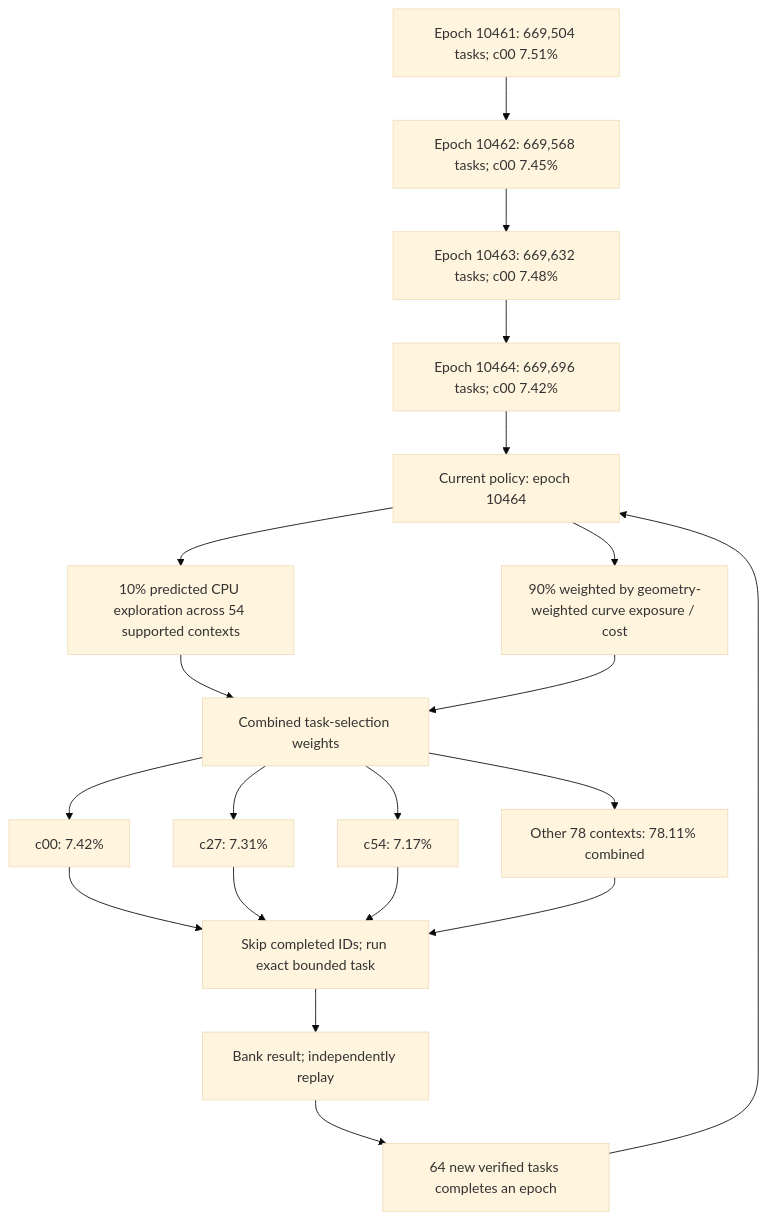
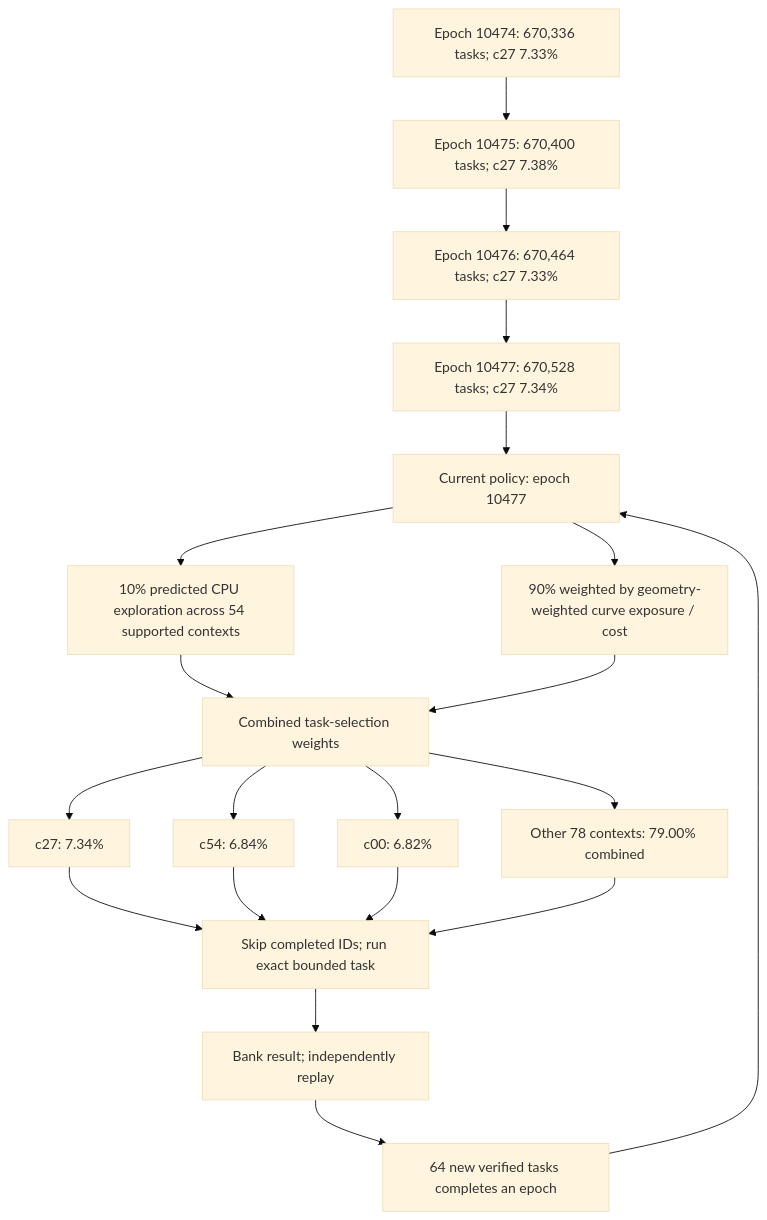
The first of 4 diagrams in README.md (Kuberwastaken/math-gambling), drawn with Mermaid (base theme) before and after one commit. The commit also changed other lines of this file and 2461 other files, not shown here.

````diff
--- a/README.md
+++ b/README.md
@@ -60,27 +60,27 @@
 ```mermaid
 flowchart TD
-    H0["Epoch 10461: 669,504 tasks; c00 7.51%"]
-    H1["Epoch 10462: 669,568 tasks; c00 7.45%"]
+    H0["Epoch 10474: 670,336 tasks; c27 7.33%"]
+    H1["Epoch 10475: 670,400 tasks; c27 7.38%"]
     H0 --> H1
-    H2["Epoch 10463: 669,632 tasks; c00 7.48%"]
+    H2["Epoch 10476: 670,464 tasks; c27 7.33%"]
     H1 --> H2
-    H3["Epoch 10464: 669,696 tasks; c00 7.42%"]
+    H3["Epoch 10477: 670,528 tasks; c27 7.34%"]
     H2 --> H3
-    Policy["Current policy: epoch 10464"]
+    Policy["Current policy: epoch 10477"]
     H3 --> Policy
     Policy --> Explore["10% predicted CPU exploration across 54 supported contexts"]
     Policy --> Cost["90% weighted by geometry-weighted curve exposure / cost"]
     Explore --> Mix["Combined task-selection weights"]
     Cost --> Mix
-    Mix --> C0["c00: 7.42%"]
-    Mix --> C1["c27: 7.31%"]
-    Mix --> C2["c54: 7.17%"]
-    Mix --> Rest["Other 78 contexts: 78.11% combined"]
+    Mix --> C0["c27: 7.34%"]
+    Mix --> C1["c54: 6.84%"]
+    Mix --> C2["c00: 6.82%"]
+    Mix --> Rest["Other 78 contexts: 79.00% combined"]
     C0 --> Check["Skip completed IDs; run exact bounded task"]
     C1 --> Check
     C2 --> Check
     Rest --> Check
     Check --> Replay["Bank result; independently replay"]
     Replay --> Gate["64 new verified tasks completes an epoch"]
     Gate --> Policy
 ```
````
